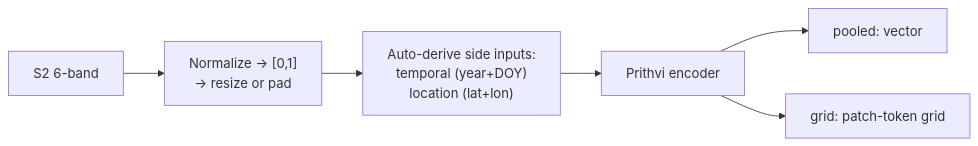
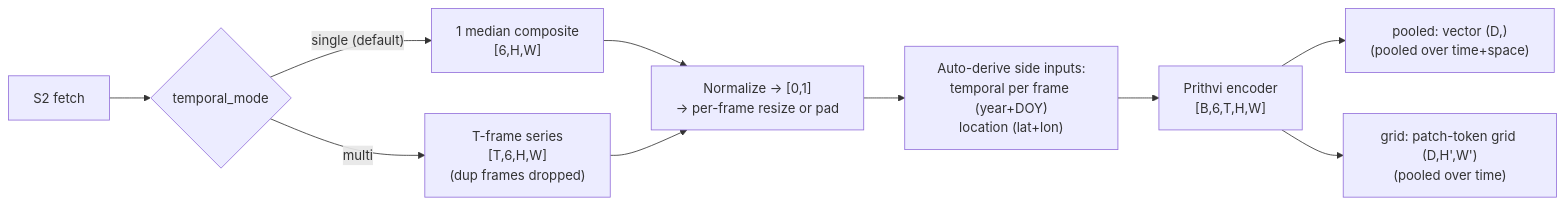
Before and after one commit to cybergis/rs-embed: the first of 2 diagrams in docs/models/prithvi.md, drawn with Mermaid. The commit also changed other lines of this file and 2 other files, not shown here.

Commit message:
feat(prithvi): multi-frame temporal_mode (single/multi, window-derived T)

````diff
--- a/docs/models/prithvi.md
+++ b/docs/models/prithvi.md
@@ -46,8 +47,12 @@
 ```mermaid
 flowchart LR
-    INPUT["S2 6-band"] --> PREP["Normalize → [0,1]\n→ resize or pad"]
-    PREP --> SIDE["Auto-derive side inputs:\ntemporal (year+DOY)\nlocation (lat+lon)"]
-    SIDE --> FWD["Prithvi encoder"]
-    FWD --> POOL["pooled: vector"]
-    FWD --> GRID["grid: patch-token grid"]
+    INPUT["S2 fetch"] --> MODE{temporal_mode}
+    MODE -- "single (default)" --> S1["1 median composite\n[6,H,W]"]
+    MODE -- "multi" --> SN["T-frame series\n[T,6,H,W]\n(dup frames dropped)"]
+    S1 --> PREP["Normalize → [0,1]\n→ per-frame resize or pad"]
+    SN --> PREP
+    PREP --> SIDE["Auto-derive side inputs:\ntemporal per frame (year+DOY)\nlocation (lat+lon)"]
+    SIDE --> FWD["Prithvi encoder\n[B,6,T,H,W]"]
+    FWD --> POOL["pooled: vector (D,)\n(pooled over time+space)"]
+    FWD --> GRID["grid: patch-token grid (D,H',W')\n(pooled over time)"]
 ```
````
